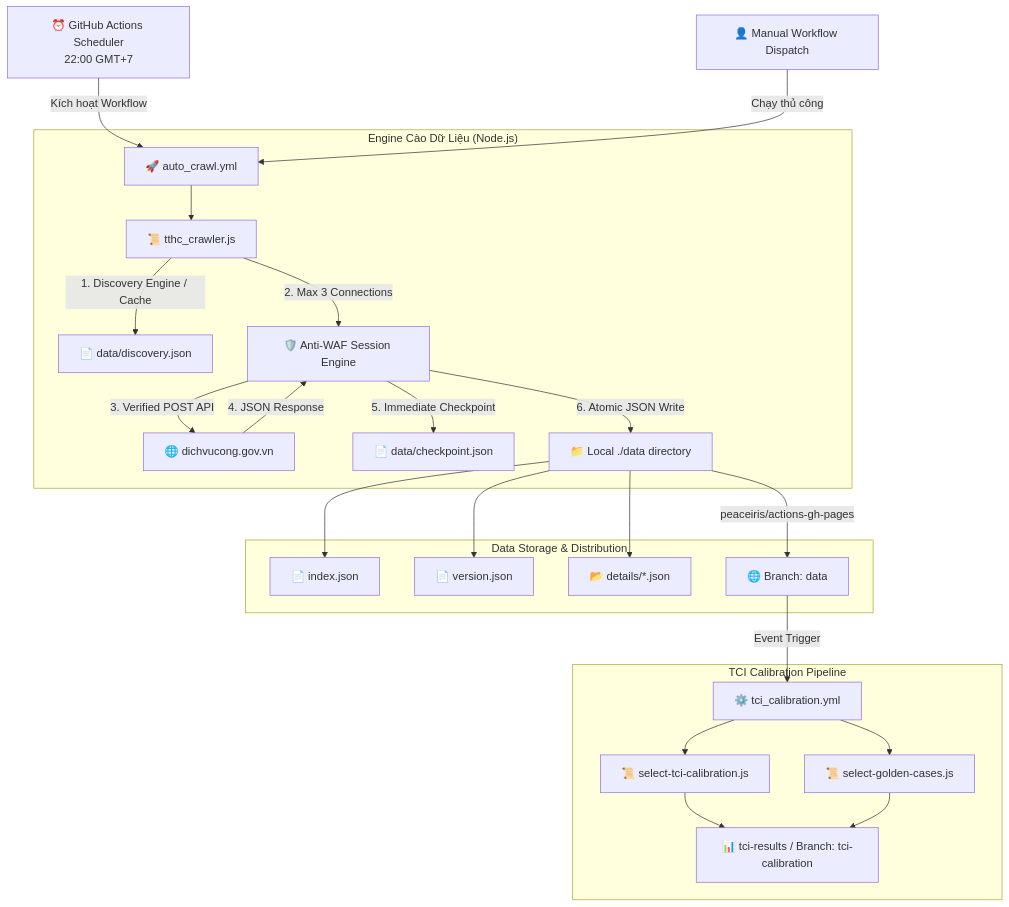
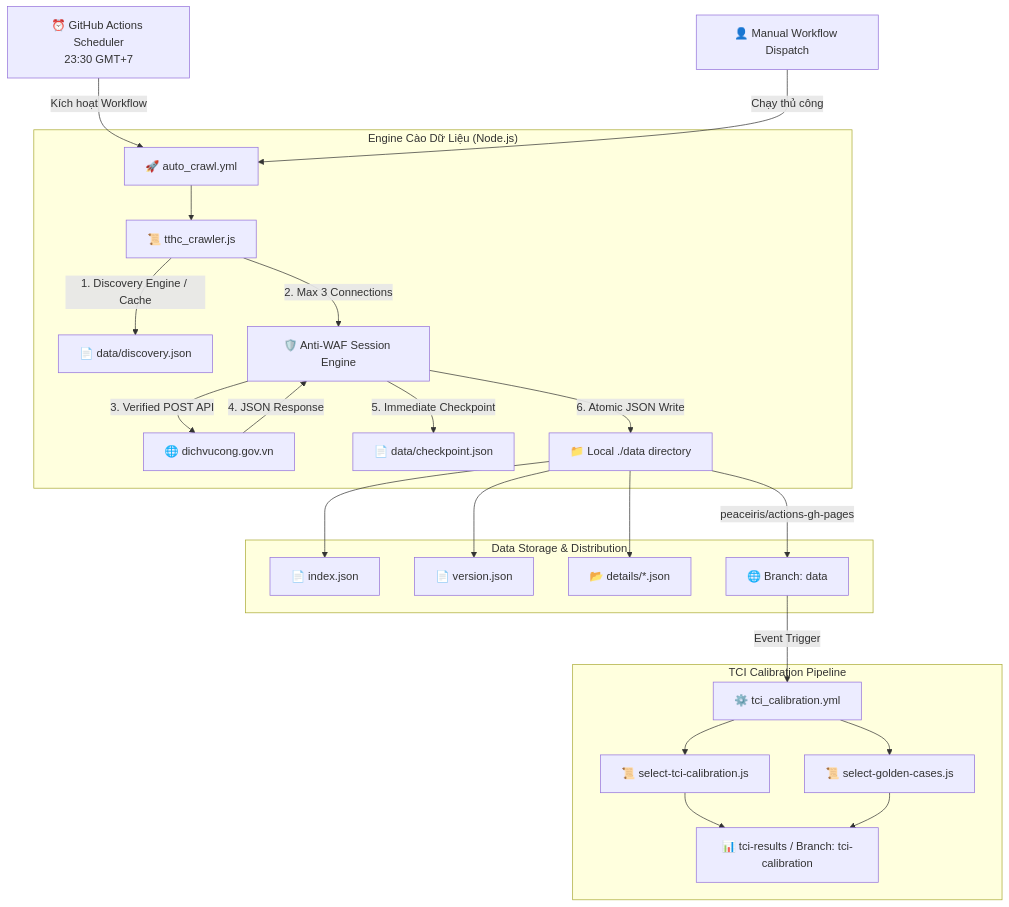
One commit to duynghiaqn/Crawler-TTHC changed the first of 2 diagrams in README.md. Above: the diagram before and after it, drawn with Mermaid. The commit also changed other lines of this file and 6 other files, not shown here.

````diff
--- a/README.md
+++ b/README.md
@@ -27,29 +27,29 @@
 ```mermaid
 graph TD
-    A[⏰ GitHub Actions Scheduler\n22:00 GMT+7] -->|Kích hoạt Workflow| B[🚀 auto_crawl.yml]
+    A[⏰ GitHub Actions Scheduler\n23:30 GMT+7] -->|Kích hoạt Workflow| B[🚀 auto_crawl.yml]
     C[👤 Manual Workflow Dispatch] -->|Chạy thủ công| B
     
     subgraph "Engine Cào Dữ Liệu (Node.js)"
         B --> D[📜 tthc_crawler.js]
         D -->|1. Discovery Engine / Cache| E[📄 data/discovery.json]
         D -->|2. Max 3 Connections| F[🛡️ Anti-WAF Session Engine]
         F -->|3. Verified POST API| G[🌐 dichvucong.gov.vn]
         G -->|4. JSON Response| F
         F -->|5. Immediate Checkpoint| H[📄 data/checkpoint.json]
         F -->|6. Atomic JSON Write| I[📁 Local ./data directory]
     end
 
     subgraph "Data Storage & Distribution"
         I --> J[📄 index.json]
         I --> K[📄 version.json]
         I --> L[📂 details/*.json]
         I -->|peaceiris/actions-gh-pages| M[🌐 Branch: data]
     end
 
     subgraph "TCI Calibration Pipeline"
         M -->|Event Trigger| N[⚙️ tci_calibration.yml]
         N --> O[📜 select-tci-calibration.js]
         N --> P[📜 select-golden-cases.js]
         O & P --> Q[📊 tci-results / Branch: tci-calibration]
     end
 ```
````
